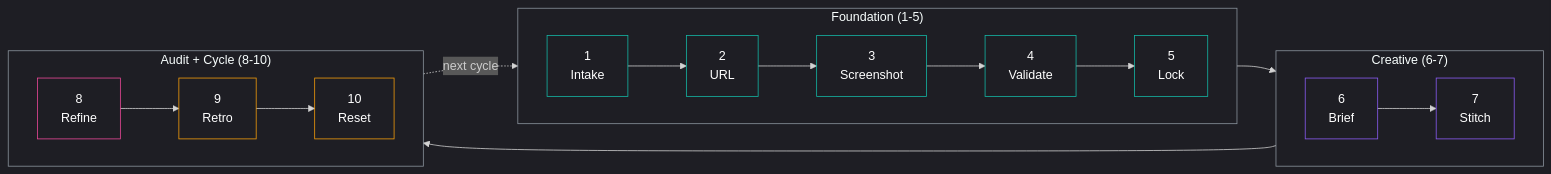
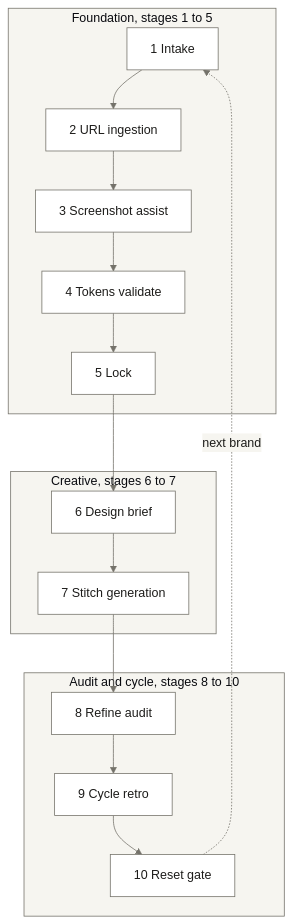
One commit to sellersessions/claude-ui-workflow changed the first of 2 diagrams in README.md. Above: the diagram before and after it, drawn with Mermaid. The commit also changed other lines of this file and 13 other files, not shown here.

````diff
--- a/README.md
+++ b/README.md
@@ -23,33 +84,31 @@
 ```mermaid
-%%{init: {'theme': 'dark', 'themeVariables': {'clusterBkg': 'transparent', 'clusterBorder': '#8b949e', 'nodeTextColor': '#e8e8e8', 'primaryTextColor': '#e8e8e8'}}}%%
-flowchart LR
-    subgraph FOUND["Foundation (1-5)"]
-        direction LR
-        S1["1<br/>Intake"] --> S2["2<br/>URL"]
-        S2 --> S3["3<br/>Screenshot"]
-        S3 --> S4["4<br/>Validate"]
-        S4 --> S5["5<br/>Lock"]
+%%{init: {'theme': 'base', 'themeVariables': {'primaryColor': '#ffffff', 'primaryTextColor': '#1d1c1a', 'primaryBorderColor': '#74726a', 'lineColor': '#74726a', 'secondaryColor': '#f6f5f0', 'tertiaryColor': '#f6f5f0', 'clusterBkg': '#f6f5f0', 'clusterBorder': '#74726a'}}}%%
+graph TD
+    subgraph FOUND["Foundation, stages 1 to 5"]
+        S1["1 Intake"] --> S2["2 URL ingestion"]
+        S2 --> S3["3 Screenshot assist"]
+        S3 --> S4["4 Tokens validate"]
+        S4 --> S5["5 Lock"]
     end
-    subgraph CREATIVE["Creative (6-7)"]
-        direction LR
-        S6["6<br/>Brief"] --> S7["7<br/>Stitch"]
+    subgraph CREATIVE["Creative, stages 6 to 7"]
+        S6["6 Design brief"] --> S7["7 Stitch generation"]
     end
-    subgraph CYCLE["Audit + Cycle (8-10)"]
-        direction LR
-        S8["8<br/>Refine"] --> S9["9<br/>Retro"]
-        S9 --> S10["10<br/>Reset"]
+    subgraph CYCLE["Audit and cycle, stages 8 to 10"]
+        S8["8 Refine audit"] --> S9["9 Cycle retro"]
+        S9 --> S10["10 Reset gate"]
     end
-    FOUND --> CREATIVE --> CYCLE
-    CYCLE -.->|next cycle| FOUND
+    S5 --> S6
+    S7 --> S8
+    S10 -.->|next brand| S1
 
-    style S1 fill:none,stroke:#14B8A6,stroke-width:1px,color:#fff
-    style S2 fill:none,stroke:#14B8A6,stroke-width:1px,color:#fff
-    style S3 fill:none,stroke:#14B8A6,stroke-width:1px,color:#fff
-    style S4 fill:none,stroke:#14B8A6,stroke-width:1px,color:#fff
-    style S5 fill:none,stroke:#14B8A6,stroke-width:1px,color:#fff
-    style S6 fill:none,stroke:#8B5CF6,stroke-width:1px,color:#fff
-    style S7 fill:none,stroke:#8B5CF6,stroke-width:1px,color:#fff
-    style S8 fill:none,stroke:#EC4899,stroke-width:1px,color:#fff
-    style S9 fill:none,stroke:#F59E0B,stroke-width:1px,color:#fff
-    style S10 fill:none,stroke:#F59E0B,stroke-width:1px,color:#fff
+    style S1 fill:#ffffff,stroke:#74726a,stroke-width:1px,color:#1d1c1a
+    style S2 fill:#ffffff,stroke:#74726a,stroke-width:1px,color:#1d1c1a
+    style S3 fill:#ffffff,stroke:#74726a,stroke-width:1px,color:#1d1c1a
+    style S4 fill:#ffffff,stroke:#74726a,stroke-width:1px,color:#1d1c1a
+    style S5 fill:#ffffff,stroke:#74726a,stroke-width:1px,color:#1d1c1a
+    style S6 fill:#ffffff,stroke:#74726a,stroke-width:1px,color:#1d1c1a
+    style S7 fill:#ffffff,stroke:#74726a,stroke-width:1px,color:#1d1c1a
+    style S8 fill:#ffffff,stroke:#74726a,stroke-width:1px,color:#1d1c1a
+    style S9 fill:#ffffff,stroke:#74726a,stroke-width:1px,color:#1d1c1a
+    style S10 fill:#ffffff,stroke:#74726a,stroke-width:1px,color:#1d1c1a
 ```
````
